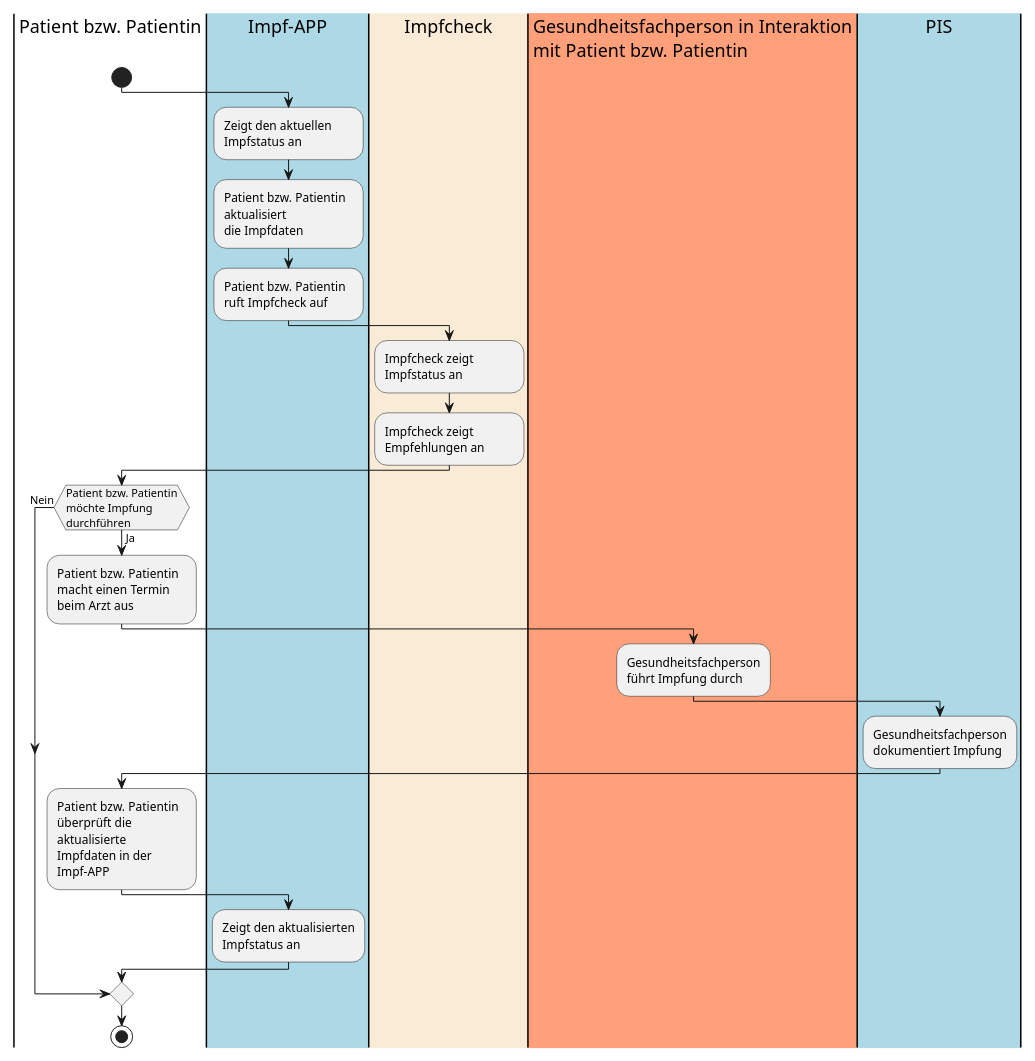
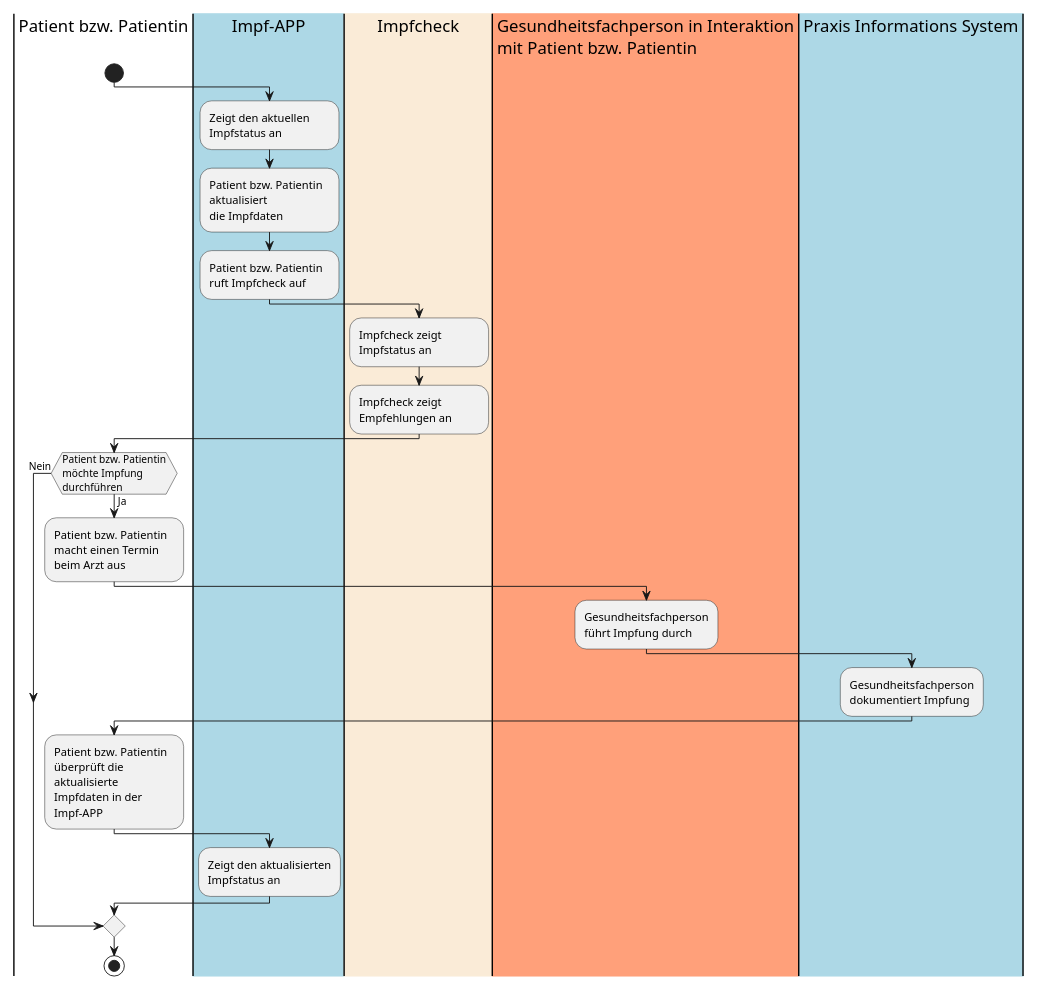
One commit to hl7ch/ch-vacd changed the diagram in input/images-source/use-case-14-impfcheck-patient-de.plantuml. Above: the diagram before and after it, drawn with PlantUML. The commit also changed 4 other files, not shown here.

```diff
--- a/input/images-source/use-case-14-impfcheck-patient-de.plantuml
+++ b/input/images-source/use-case-14-impfcheck-patient-de.plantuml
@@ -1,36 +1,36 @@
 @startuml
 scale max 800 width
 <style>
 element {MinimumWidth 150}
 </style>
 
 |Patient bzw. Patientin|
 start
 |#LightBlue|Impf-APP|
 :Zeigt den aktuellen\nImpfstatus an;
 :Patient bzw. Patientin\naktualisiert\ndie Impfdaten; 
 :Patient bzw. Patientin\nruft Impfcheck auf;
 
 |#AntiqueWhite|Impfcheck|
 :Impfcheck zeigt\nImpfstatus an;
 :Impfcheck zeigt\nEmpfehlungen an;
 
 |Patient bzw. Patientin|
 if (Patient bzw. Patientin\nmöchte Impfung\ndurchführen) then (Ja)
   :Patient bzw. Patientin\nmacht einen Termin\nbeim Arzt aus;
   |#LightSalmon|Gesundheitsfachperson in Interaktion\nmit Patient bzw. Patientin|
   :Gesundheitsfachperson\nführt Impfung durch;
-  |#LightBlue|PIS|
+  |#LightBlue|Praxis Informations System|
   :Gesundheitsfachperson\ndokumentiert Impfung;
   |Patient bzw. Patientin|
   :Patient bzw. Patientin\nüberprüft die\naktualisierte\nImpfdaten in der\nImpf-APP;
   |Impf-APP|
   :Zeigt den aktualisierten\nImpfstatus an;
 else (Nein)
 
 endif
 |Patient bzw. Patientin|
 stop
 
 
 @enduml
```
